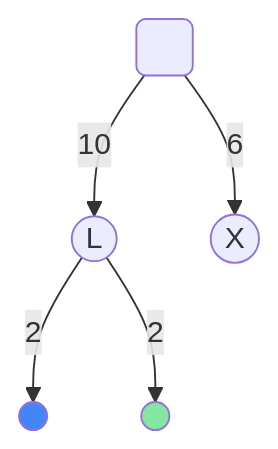
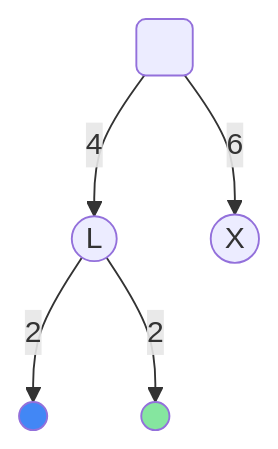
Before and after one commit to statechannels/go-nitro: the fourth of 6 diagrams in docs/protocol-tutorial/0080-defunding-a-channel.md, drawn with Mermaid.

````diff
--- a/docs/protocol-tutorial/0080-defunding-a-channel.md
+++ b/docs/protocol-tutorial/0080-defunding-a-channel.md
@@ -137,16 +137,16 @@
     ```mermaid
     graph TD;
     linkStyle default interpolate basis;
     ETHAssetHolder( )
     ledger((L))
     channel((X))
     me(( )):::me
     hub(( )):::hub
-    ETHAssetHolder-->|10|ledger;
+    ETHAssetHolder-->|4|ledger;
     ledger-->|2|me;
     ledger-->|2|hub;
     ETHAssetHolder-->|6|channel;
     classDef me fill:#4287f5
     classDef hub fill:#85e69f
     classDef bob fill:#d93434
     ```
````
